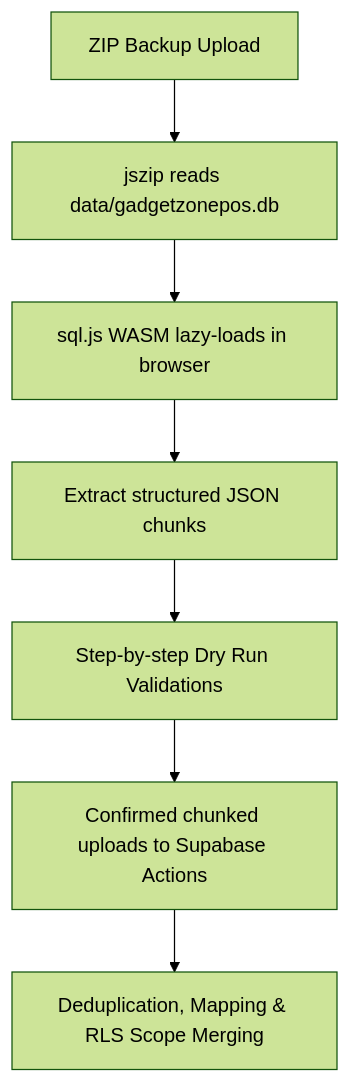
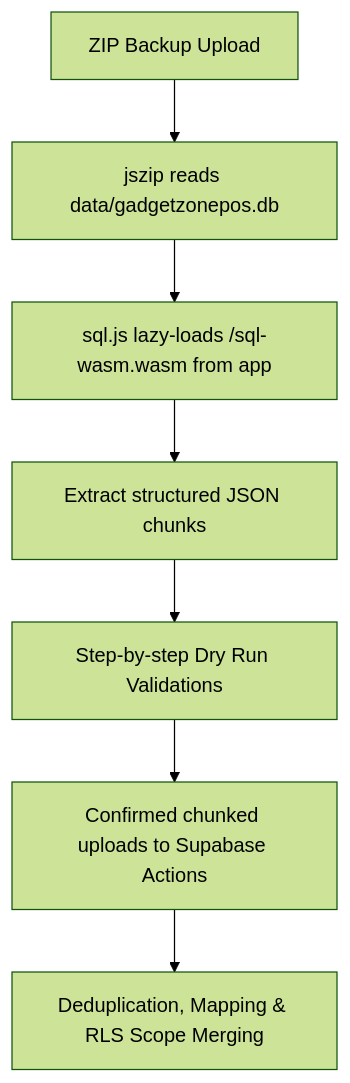
Before and after one commit to starwalker12/saledock-cloud-pos: the diagram in docs/offline-backup-restore.md, drawn with Mermaid (forest theme). The commit also changed other lines of this file and 17 other files, not shown here.

````diff
--- a/docs/offline-backup-restore.md
+++ b/docs/offline-backup-restore.md
@@ -11,9 +11,9 @@
 ```mermaid
 graph TD
     A[ZIP Backup Upload] --> B[jszip reads data/gadgetzonepos.db]
-    B --> C[sql.js WASM lazy-loads in browser]
+    B --> C[sql.js lazy-loads /sql-wasm.wasm from app]
     C --> D[Extract structured JSON chunks]
     D --> E[Step-by-step Dry Run Validations]
     E --> F[Confirmed chunked uploads to Supabase Actions]
     F --> G[Deduplication, Mapping & RLS Scope Merging]
 ```
````
